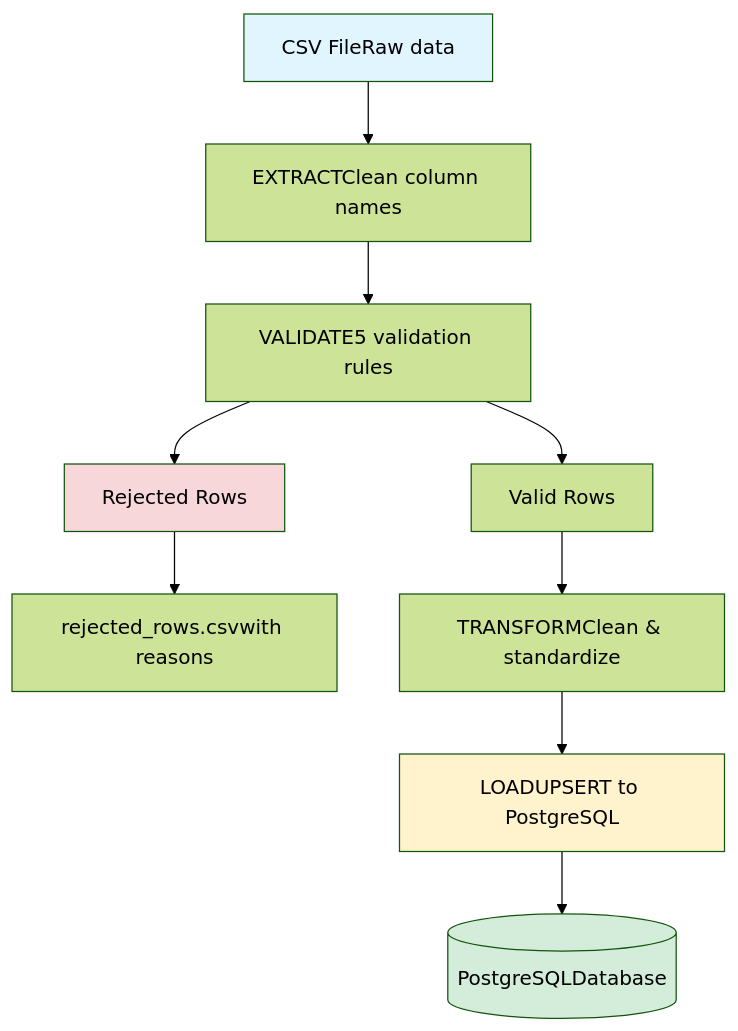
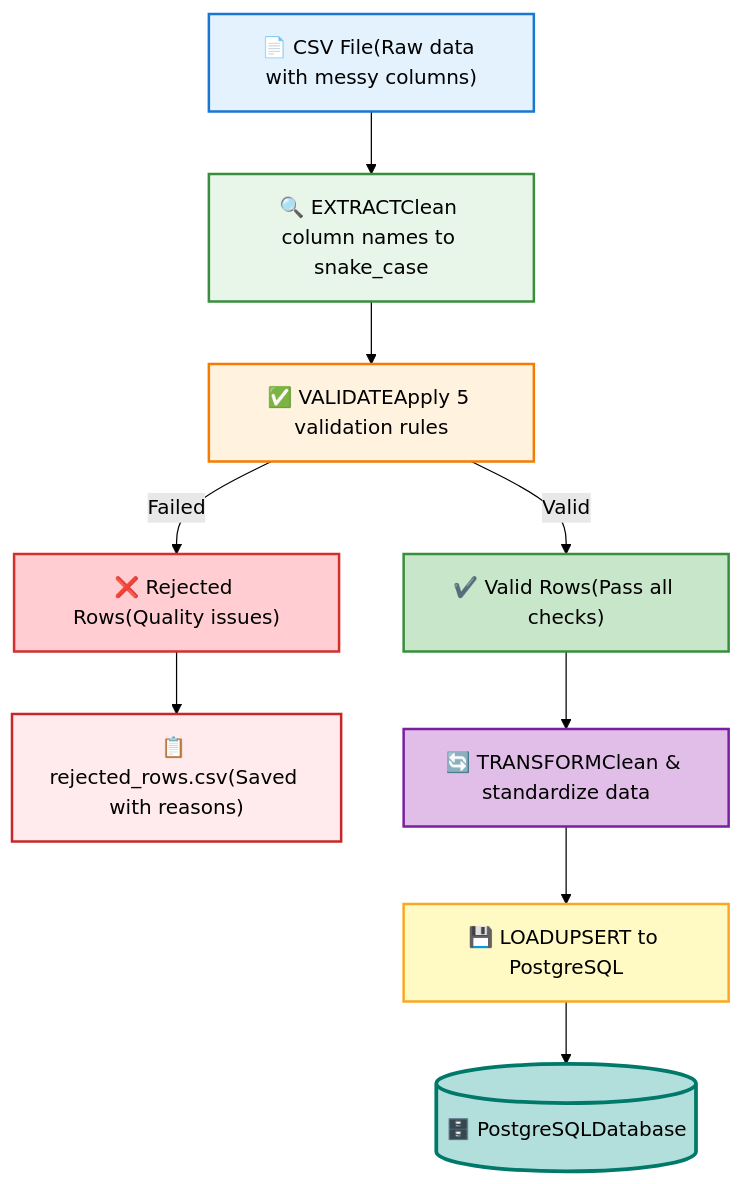
One commit to cosmincaba/csv-to-db-etl changed the first of 2 diagrams in README.md. Above: the diagram before and after it, drawn with Mermaid (forest theme). The commit also changed other lines of this file, not shown here.

Commit message:
docs: enhance diagrams with better colors, spacing and icons

````diff
--- a/README.md
+++ b/README.md
@@ -42,16 +42,21 @@
 ```mermaid
 graph TD
-    A[CSV FileRaw data] --> B[EXTRACTClean column names]
-    B --> C[VALIDATE5 validation rules]
-    C --> D[Valid Rows]
-    C --> E[Rejected Rows]
-    E --> F[rejected_rows.csvwith reasons]
-    D --> G[TRANSFORMClean & standardize]
-    G --> H[LOADUPSERT to PostgreSQL]
-    H --> I[(PostgreSQLDatabase)]
+    A["📄 CSV File(Raw data with messy columns)"] --> B["🔍 EXTRACTClean column names to snake_case"]
+    B --> C["✅ VALIDATEApply 5 validation rules"]
+    C -->|Valid| D["✔️ Valid Rows(Pass all checks)"]
+    C -->|Failed| E["❌ Rejected Rows(Quality issues)"]
+    E --> F["📋 rejected_rows.csv(Saved with reasons)"]
+    D --> G["🔄 TRANSFORMClean & standardize data"]
+    G --> H["💾 LOADUPSERT to PostgreSQL"]
+    H --> I[("🗄️ PostgreSQLDatabase")]
     
-    style A fill:#e1f5ff
-    style I fill:#d4edda
-    style E fill:#f8d7da
-    style H fill:#fff3cd
+    style A fill:#E3F2FD,stroke:#1976D2,stroke-width:2px,color:#000
+    style B fill:#E8F5E9,stroke:#388E3C,stroke-width:2px,color:#000
+    style C fill:#FFF3E0,stroke:#F57C00,stroke-width:2px,color:#000
+    style D fill:#C8E6C9,stroke:#388E3C,stroke-width:2px,color:#000
+    style E fill:#FFCDD2,stroke:#D32F2F,stroke-width:2px,color:#000
+    style F fill:#FFEBEE,stroke:#C62828,stroke-width:2px,color:#000
+    style G fill:#E1BEE7,stroke:#7B1FA2,stroke-width:2px,color:#000
+    style H fill:#FFF9C4,stroke:#F9A825,stroke-width:2px,color:#000
+    style I fill:#B2DFDB,stroke:#00796B,stroke-width:3px,color:#000
 ```
````
